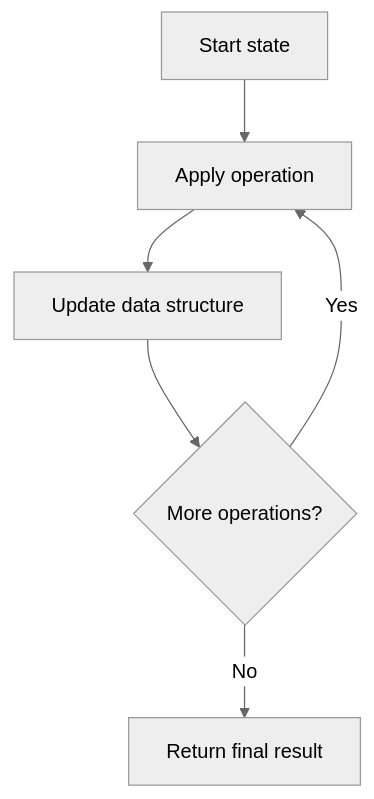
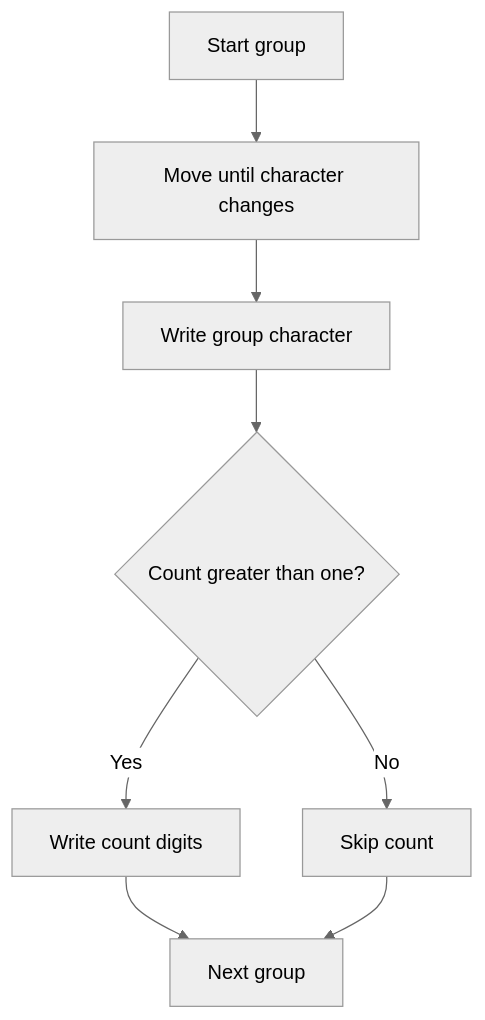
Diagram 14 of 23 in CP_DSA_NOTES/001_TOPIC_WISE/013_ADHOC_PROBLEMS.md (mthaiseer/springcloud-systemdesign-notes), drawn with Mermaid (neutral theme) before and after one commit. The commit also changed other lines of this file and 1 other file, not shown here.

````diff
--- a/CP_DSA_NOTES/001_TOPIC_WISE/013_ADHOC_PROBLEMS.md
+++ b/CP_DSA_NOTES/001_TOPIC_WISE/013_ADHOC_PROBLEMS.md
@@ -1260,8 +1110,10 @@
 ```mermaid
 flowchart TD
-    A["Start state"] --> B["Apply operation"]
-    B --> C["Update data structure"]
-    C --> D{"More operations?"}
-    D -->|Yes| B
-    D -->|No| E["Return final result"]
+    A["Start group"] --> B["Move until character changes"]
+    B --> C["Write group character"]
+    C --> D{"Count greater than one?"}
+    D -->|Yes| E["Write count digits"]
+    D -->|No| F["Skip count"]
+    E --> G["Next group"]
+    F --> G
 ```
````
